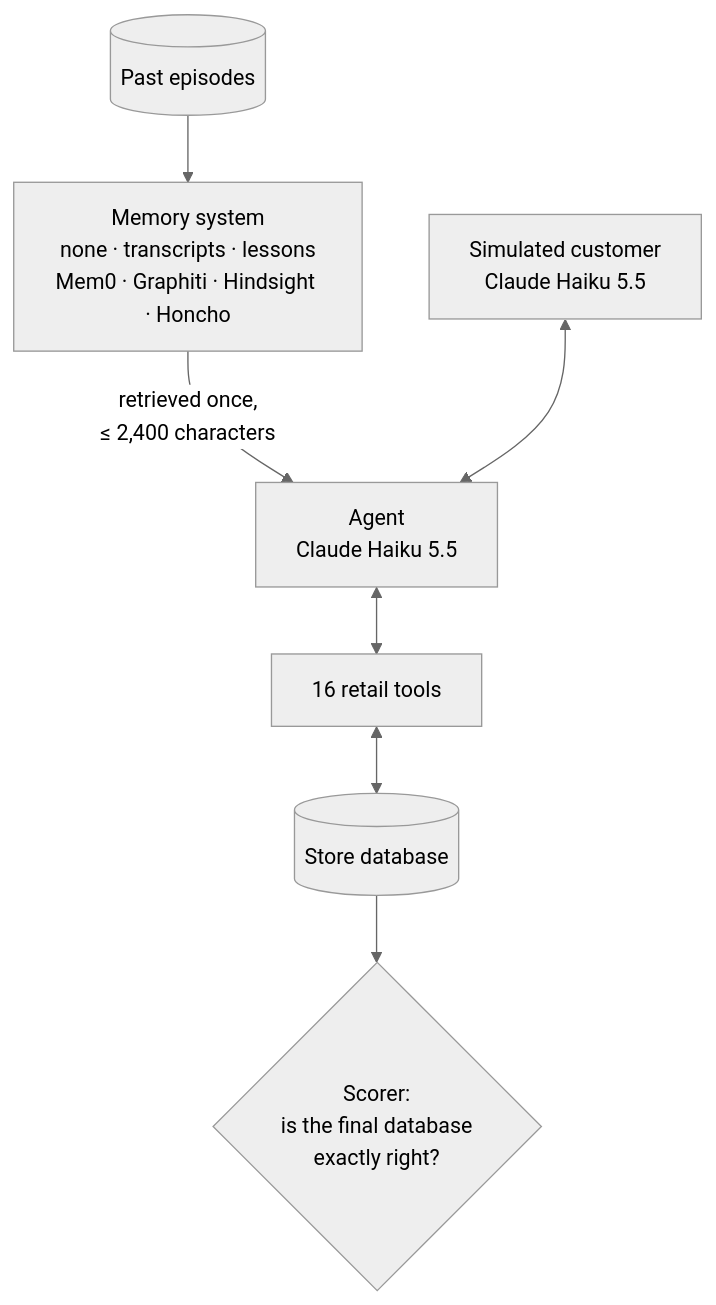
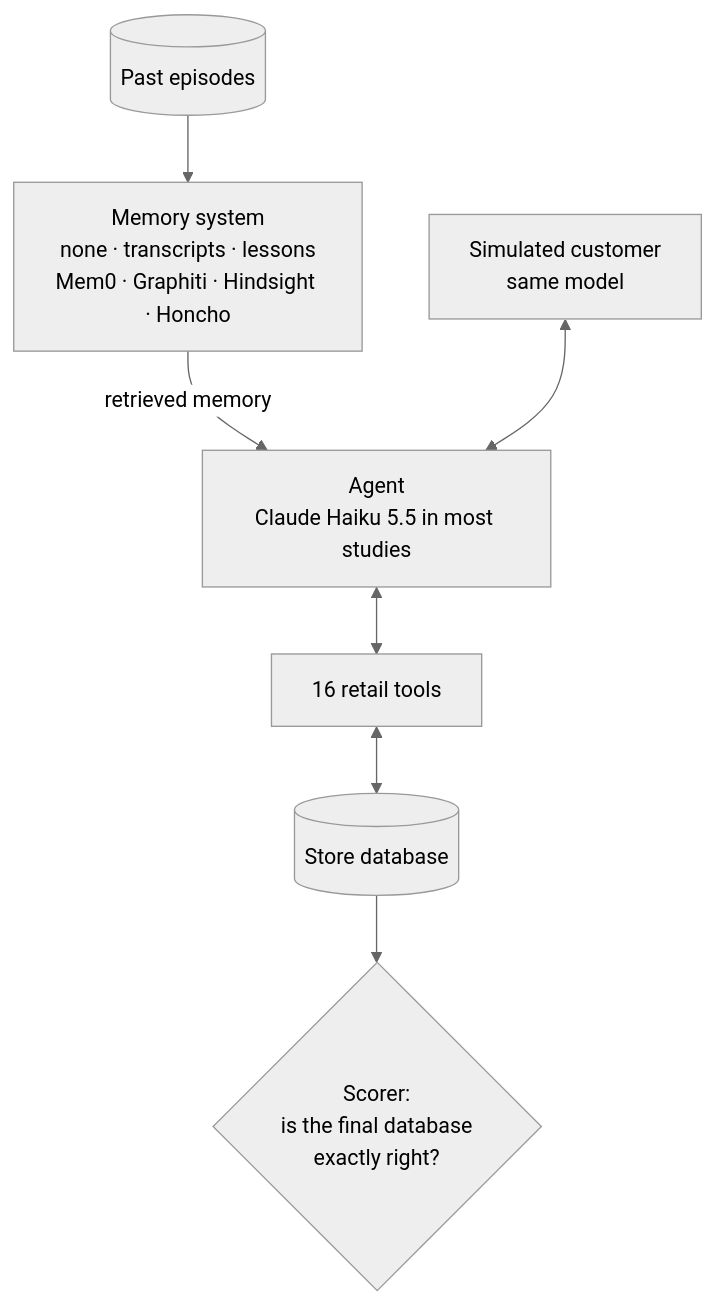
Before and after one commit to nicholas-yi/AfterEvidence: the diagram in README.md, drawn with Mermaid (neutral theme). The commit also changed other lines of this file and 3 other files, not shown here.

````diff
--- a/README.md
+++ b/README.md
@@ -56,9 +56,9 @@
 ```mermaid
 flowchart TD
     H[("Past episodes")] --> M["Memory system<br/>none · transcripts · lessons<br/>Mem0 · Graphiti · Hindsight · Honcho"]
-    M -->|"retrieved once,<br/>≤ 2,400 characters"| A["Agent<br/>Claude Haiku 5.5"]
-    C["Simulated customer<br/>Claude Haiku 5.5"] <--> A
+    M -->|"retrieved memory"| A["Agent<br/>Claude Haiku 5.5 in most studies"]
+    C["Simulated customer<br/>same model"] <--> A
     A <--> T["16 retail tools"]
     T <--> DB[("Store database")]
     DB --> S{"Scorer:<br/>is the final database<br/>exactly right?"}
 ```
````
